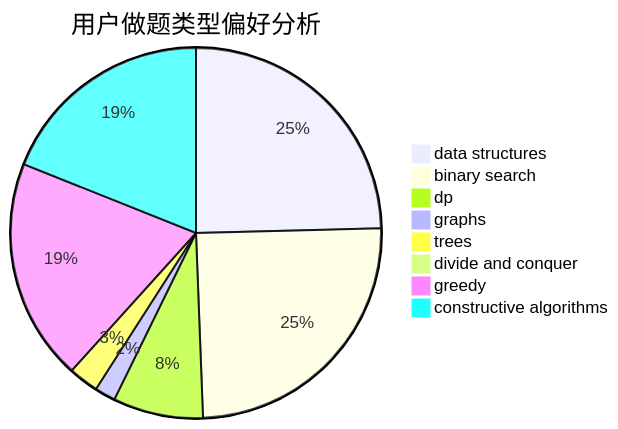
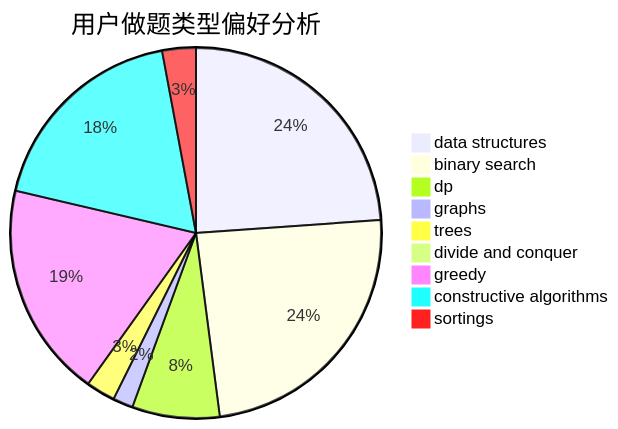
The second of 3 diagrams in docs/user/u1771.md (sherpahu/cfrs.github.io), drawn with Mermaid before and after one commit. The commit also changed other lines of this file and 2769 other files, not shown here.

````diff
--- a/docs/user/u1771.md
+++ b/docs/user/u1771.md
@@ -23,11 +18,12 @@
 ```mermaid
 pie title 用户做题类型偏好分析
     "data structures" :  122
     "binary search" :  123
     "dp" :  39
     "graphs" :  9
     "trees" :  13
     "divide and conquer" :  0
     "greedy" :  96
     "constructive algorithms" :  94
+    "sortings" :  15
 ```
````
